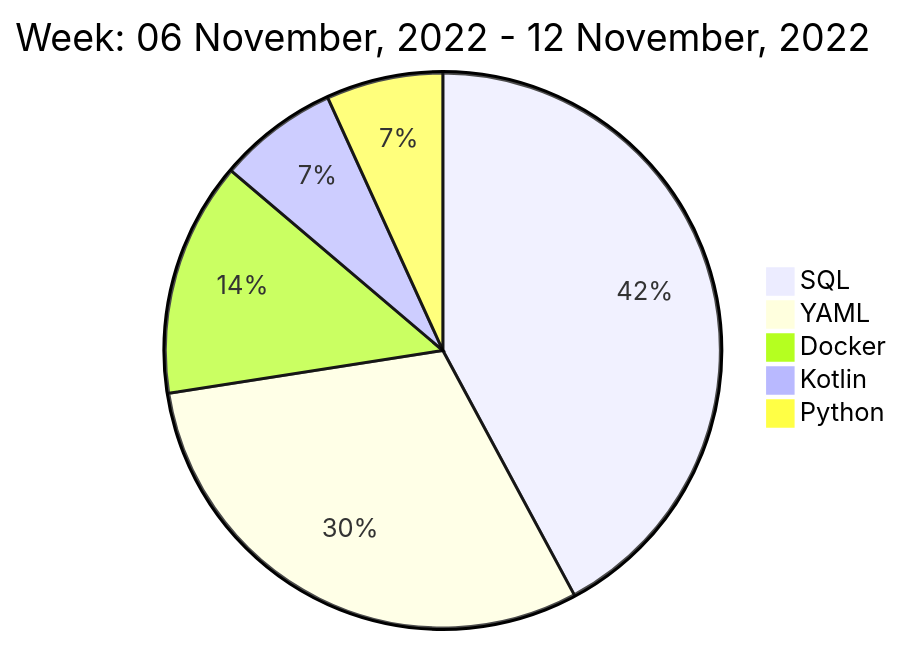
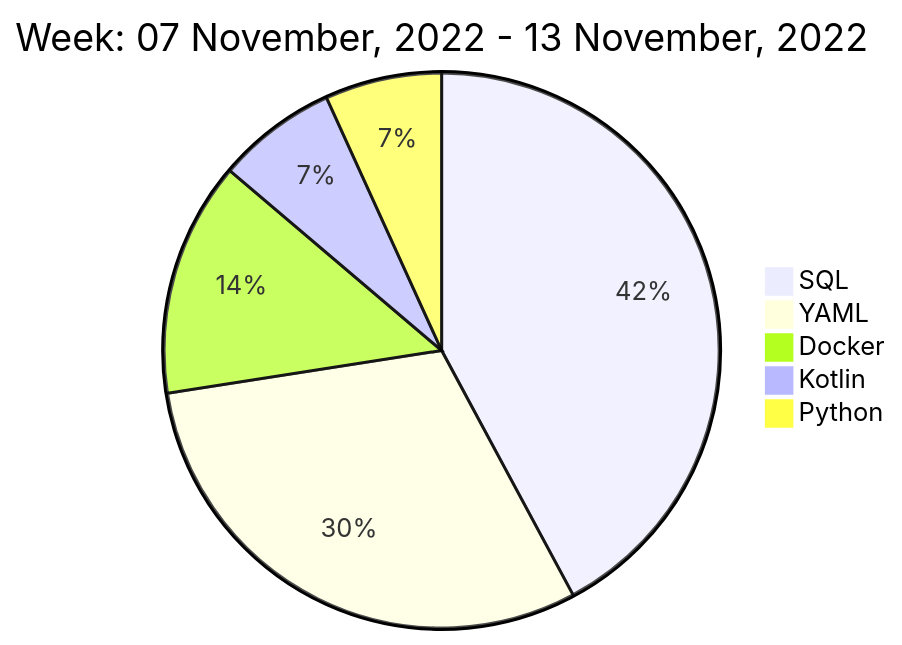
Before and after one commit to liubin95/liubin95: the diagram in README.md, drawn with Mermaid.

Commit message:
Updated the Graph with new Metrics

````diff
--- a/README.md
+++ b/README.md
@@ -40,9 +40,9 @@
 ```mermaid
  pie
-title Week: 06 November, 2022 - 12 November, 2022
+title Week: 07 November, 2022 - 13 November, 2022
  "SQL" : 6.63
  "YAML" : 4.78
  "Docker" : 2.15
  "Kotlin" : 1.1
  "Python" : 1.07
 ```
````
